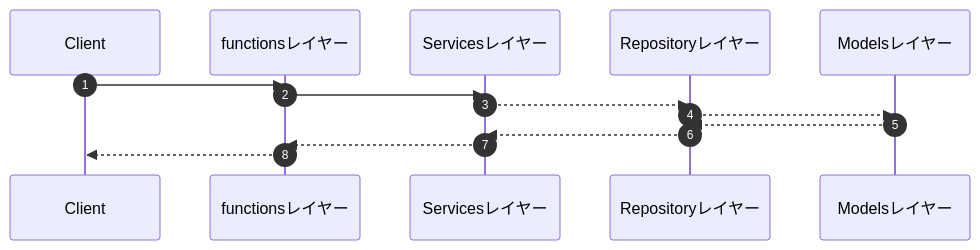
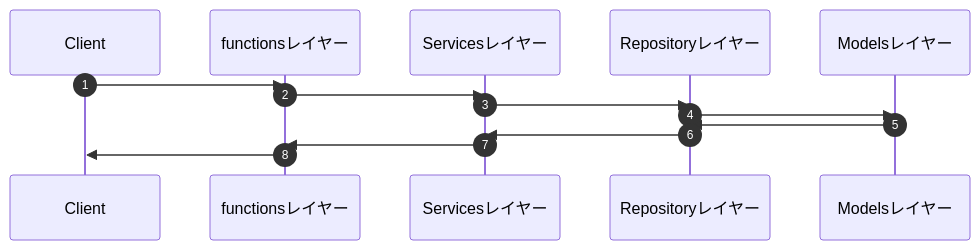
Before and after one commit to talasago/retro_app: the first of 2 diagrams in docs/各レイヤーについて.md, drawn with Mermaid. The commit also changed other lines of this file, not shown here.

Commit message:
Update 各レイヤーについて.md
mermaidでの線の表現を変更

````diff
--- a/docs/各レイヤーについて.md
+++ b/docs/各レイヤーについて.md
@@ -22,12 +22,12 @@
 ```mermaid
 sequenceDiagram
   autonumber
   Client ->> functionsレイヤー: 
   functionsレイヤー ->> Servicesレイヤー: 
-  Servicesレイヤー -->> Repositoryレイヤー: 
-  Repositoryレイヤー -->> Modelsレイヤー: 
-  Modelsレイヤー -->> Repositoryレイヤー: 
-  Repositoryレイヤー -->> Servicesレイヤー: 
-  Servicesレイヤー -->> functionsレイヤー: 
-  functionsレイヤー -->> Client: 
+  Servicesレイヤー ->> Repositoryレイヤー: 
+  Repositoryレイヤー ->> Modelsレイヤー: 
+  Modelsレイヤー ->> Repositoryレイヤー: 
+  Repositoryレイヤー ->> Servicesレイヤー: 
+  Servicesレイヤー ->> functionsレイヤー: 
+  functionsレイヤー ->> Client: 
 ```
````
